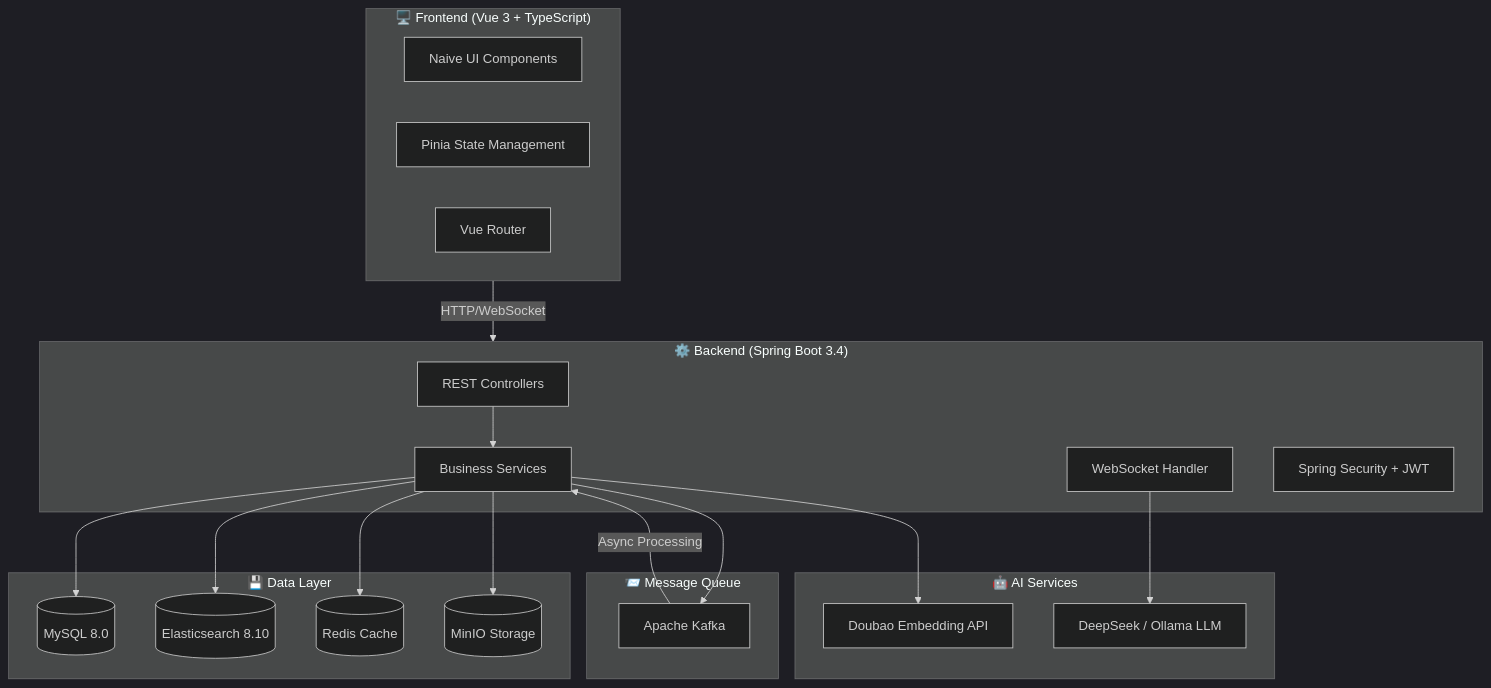
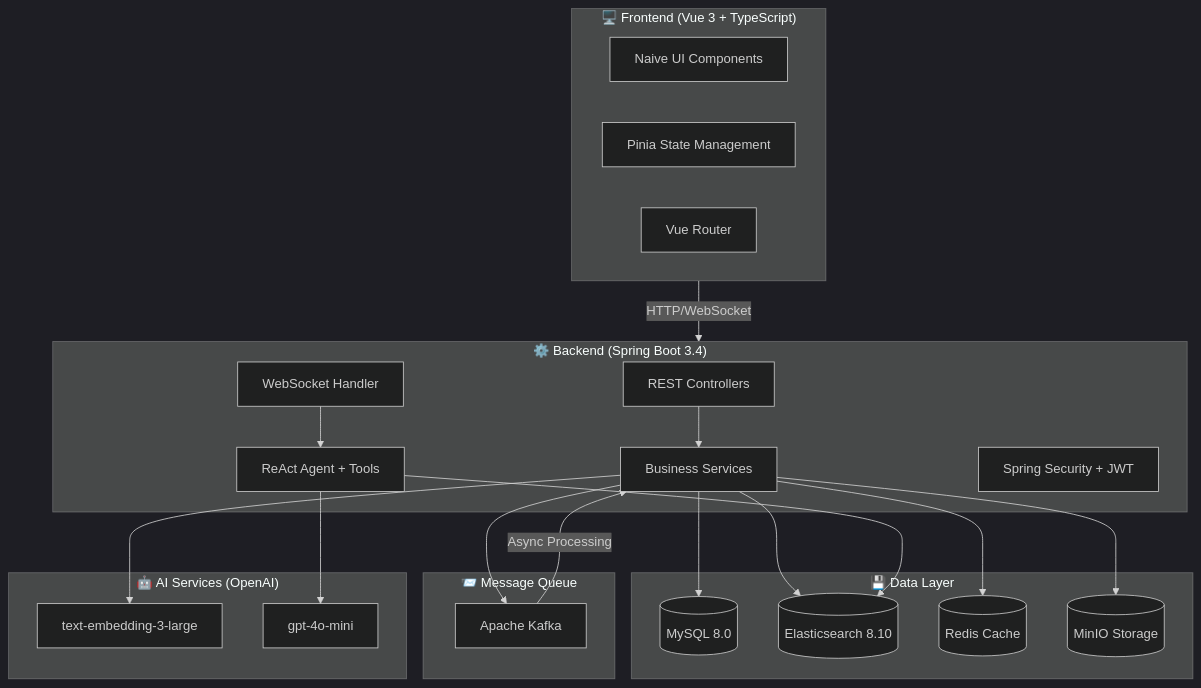
The first of 4 diagrams in README.md (Automan1218/RoboKnow), drawn with Mermaid (dark theme) before and after one commit. The commit also changed other lines of this file and 1 other file, not shown here.

````diff
--- a/README.md
+++ b/README.md
@@ -33,42 +25,45 @@
 ```mermaid
 graph TB
     subgraph Frontend["🖥️ Frontend (Vue 3 + TypeScript)"]
         UI[Naive UI Components]
         Pinia[Pinia State Management]
         Router[Vue Router]
     end
 
     subgraph Backend["⚙️ Backend (Spring Boot 3.4)"]
         Controller[REST Controllers]
         Service[Business Services]
+        Agent[ReAct Agent + Tools]
         WebSocket[WebSocket Handler]
         Security[Spring Security + JWT]
     end
 
     subgraph DataLayer["💾 Data Layer"]
         MySQL[(MySQL 8.0)]
         ES[(Elasticsearch 8.10)]
         Redis[(Redis Cache)]
         MinIO[(MinIO Storage)]
     end
 
     subgraph MessageQueue["📨 Message Queue"]
         Kafka[Apache Kafka]
     end
 
-    subgraph AI["🤖 AI Services"]
-        Embedding[Doubao Embedding API]
-        LLM[DeepSeek / Ollama LLM]
+    subgraph AI["🤖 AI Services (OpenAI)"]
+        Embedding[text-embedding-3-large]
+        LLM[gpt-4o-mini]
     end
 
     Frontend -->|HTTP/WebSocket| Backend
     Controller --> Service
     Service --> MySQL
     Service --> ES
     Service --> Redis
     Service --> MinIO
     Service --> Kafka
     Service --> Embedding
-    WebSocket --> LLM
+    WebSocket --> Agent
+    Agent --> LLM
+    Agent --> ES
     Kafka -->|Async Processing| Service
 ```
````
